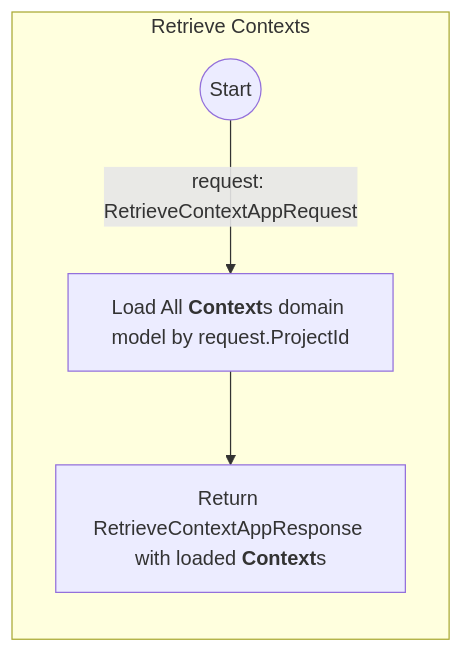
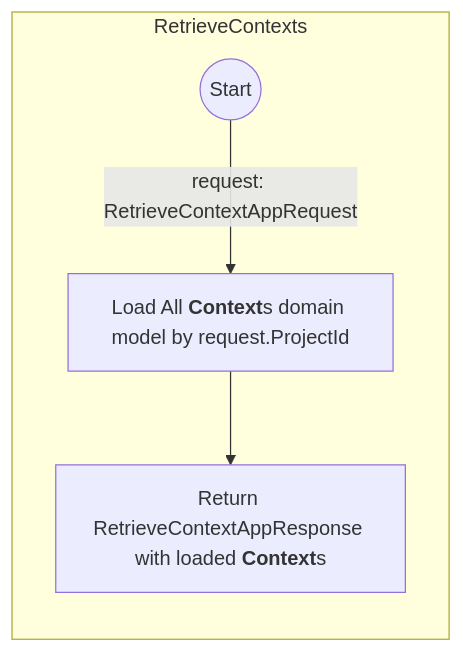
The first of 2 diagrams in AI/Actions/ContextAppService.md (sdlfly2000/DomainBasedDesigner), drawn with Mermaid before and after one commit. The commit also changed other lines of this file and 2 other files, not shown here.

Commit message:
Update UML

````diff
--- a/AI/Actions/ContextAppService.md
+++ b/AI/Actions/ContextAppService.md
@@ -34,9 +34,9 @@
     ```mermaid
         graph TB
-            subgraph main [Retrieve Contexts]
+            subgraph RetrieveContexts
                 direction TB
                 start(("Start")) -->
                 |request: RetrieveContextAppRequest| loadAllContextInProject["`Load All **Context**s domain model by request.ProjectId`"] -->
                 return["`Return RetrieveContextAppResponse with loaded **Context**s`"]
             end
     ```
````
